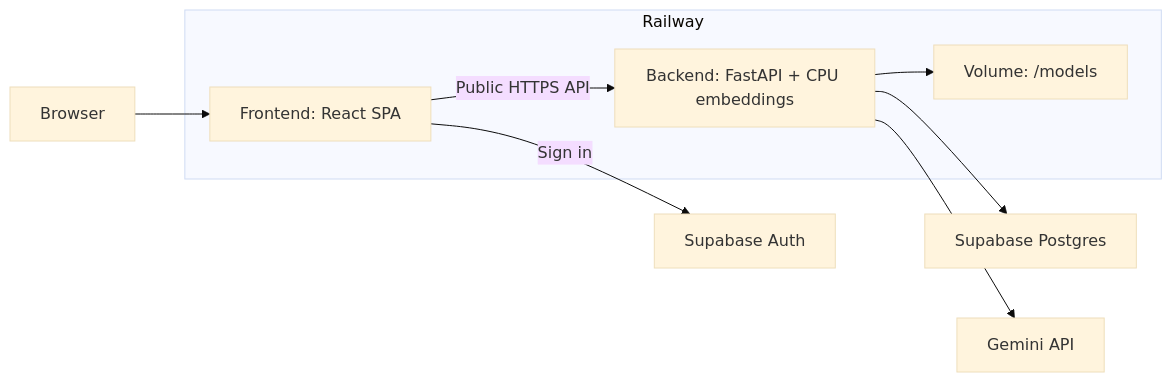
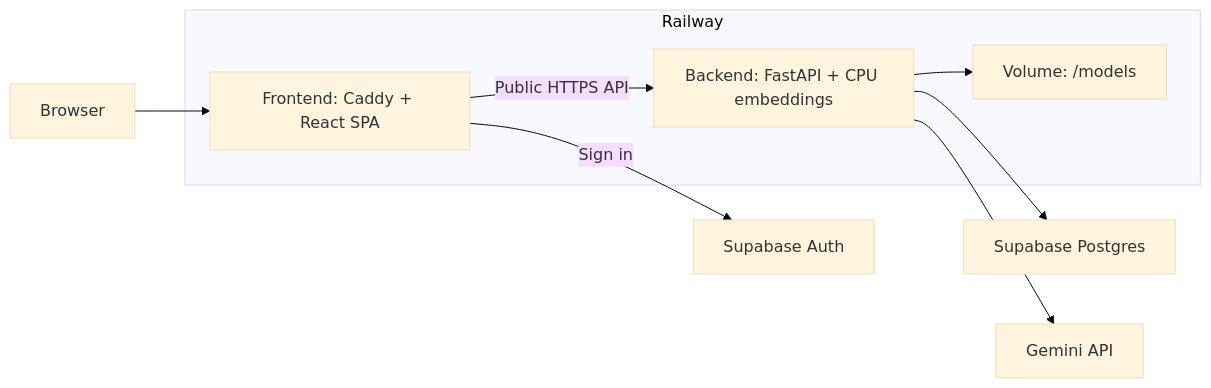
One commit to tanu15-png/Driftwood-AI changed the diagram in deployment.md. Above: the diagram before and after it, drawn with Mermaid (base theme). The commit also changed other lines of this file and 5 other files, not shown here.

````diff
--- a/deployment.md
+++ b/deployment.md
@@ -11,14 +16,14 @@
 ```mermaid
 flowchart LR
     User[Browser] --> Frontend
     subgraph Railway
-        Frontend[Frontend: React SPA]
+        Frontend[Frontend: Caddy + React SPA]
         Backend[Backend: FastAPI + CPU embeddings]
         Cache[Volume: /models]
         Backend --> Cache
     end
     Frontend -->|Public HTTPS API| Backend
     Frontend -->|Sign in| Auth[Supabase Auth]
     Backend --> DB[Supabase Postgres]
     Backend --> Gemini[Gemini API]
 ```
````
